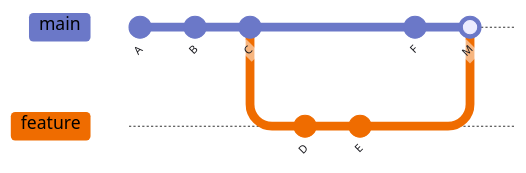
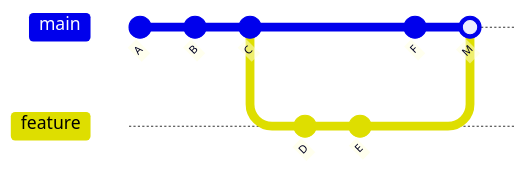
One commit to phuongbv00/fsa-fr-java-jsks changed the third of 3 diagrams in docs/fnd/git-fundamentals.md. Above: the diagram before and after it, drawn with Mermaid. The commit also changed other lines of this file and 60 other files, not shown here.

````diff
--- a/docs/fnd/git-fundamentals.md
+++ b/docs/fnd/git-fundamentals.md
@@ -224,13 +186,12 @@
 ```mermaid
-%%{init: {"themeVariables": {"git0":"#6b78c8","git1":"#ef6c00","gitBranchLabel0":"#000000","gitBranchLabel1":"#000000","commitLabelColor":"#1a1a1f","commitLabelBackground":"#ffffff"}}}%%
 gitGraph
     commit id: "A"
     commit id: "B"
     commit id: "C"
     branch feature
     commit id: "D"
     commit id: "E"
     checkout main
     commit id: "F"
     merge feature id: "M"
 ```
````
